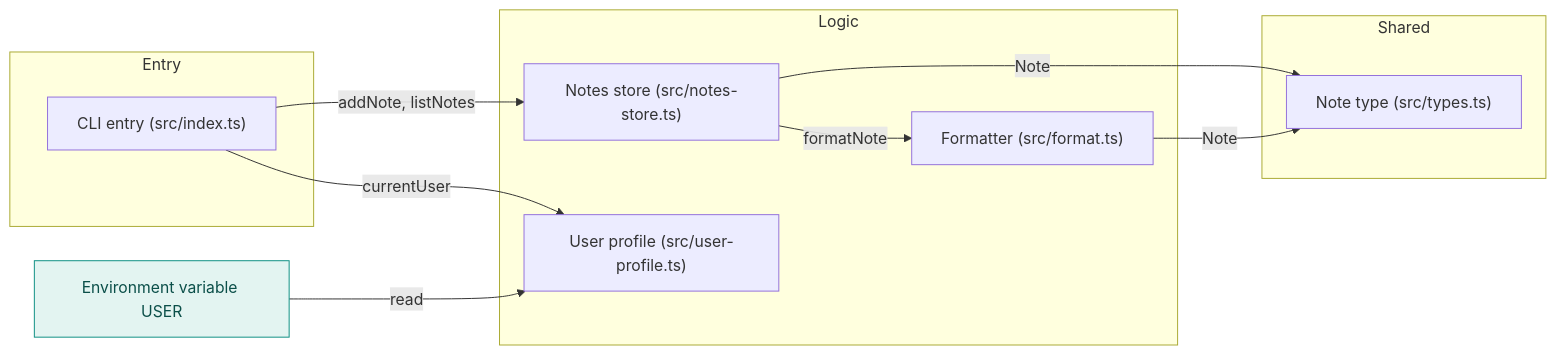
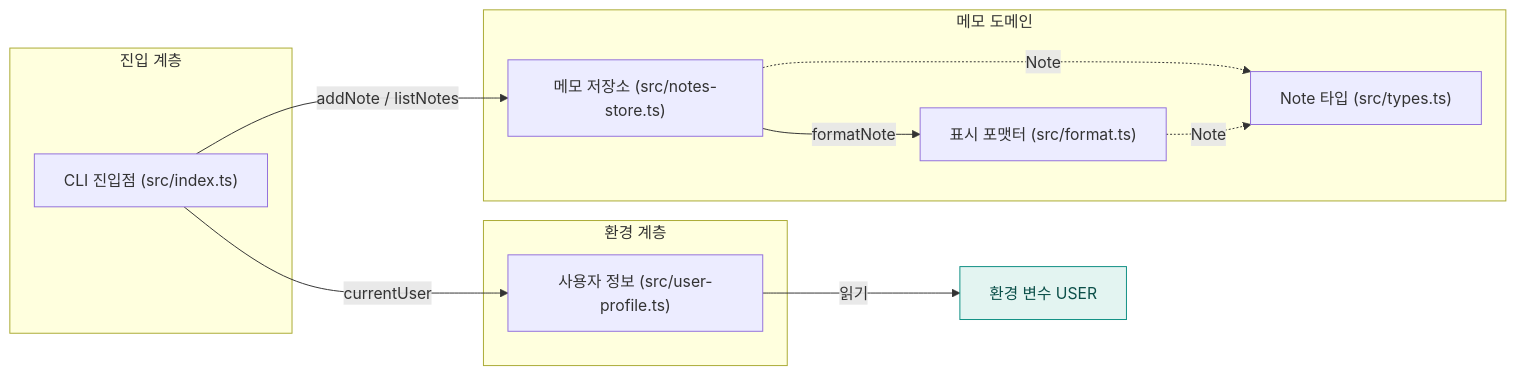
The third of 3 diagrams in examples/ts-notes-cli/docs/codemap/architecture.md (hxxnn/codemap), drawn with Mermaid before and after one commit. The commit also changed other lines of this file and 44 other files, not shown here.

````diff
--- a/examples/ts-notes-cli/docs/codemap/architecture.md
+++ b/examples/ts-notes-cli/docs/codemap/architecture.md
@@ -46,22 +49,22 @@
 ```mermaid
 flowchart LR
-  subgraph entry["Entry"]
-    idx["CLI entry (src/index.ts)"]
+  subgraph entryl["진입 계층"]
+    index["CLI 진입점 (src/index.ts)"]
   end
-  subgraph logic["Logic"]
-    store["Notes store (src/notes-store.ts)"]
-    fmt["Formatter (src/format.ts)"]
-    prof["User profile (src/user-profile.ts)"]
+  subgraph domain["메모 도메인"]
+    store["메모 저장소 (src/notes-store.ts)"]
+    fmt["표시 포맷터 (src/format.ts)"]
+    types["Note 타입 (src/types.ts)"]
   end
-  subgraph shared["Shared"]
-    types["Note type (src/types.ts)"]
+  subgraph envl["환경 계층"]
+    prof["사용자 정보 (src/user-profile.ts)"]
   end
-  env["Environment variable USER"]:::external
-  idx -->|"addNote, listNotes"| store
-  idx -->|"currentUser"| prof
+  env["환경 변수 USER"]:::external
+  index -->|"addNote / listNotes"| store
+  index -->|"currentUser"| prof
   store -->|"formatNote"| fmt
-  store -->|"Note"| types
-  fmt -->|"Note"| types
-  env -->|"read"| prof
+  store -.->|"Note"| types
+  fmt -.->|"Note"| types
+  prof -->|"읽기"| env
   classDef external fill:#E3F4F1,stroke:#0E8F83,color:#0B4F49
 ```
````
